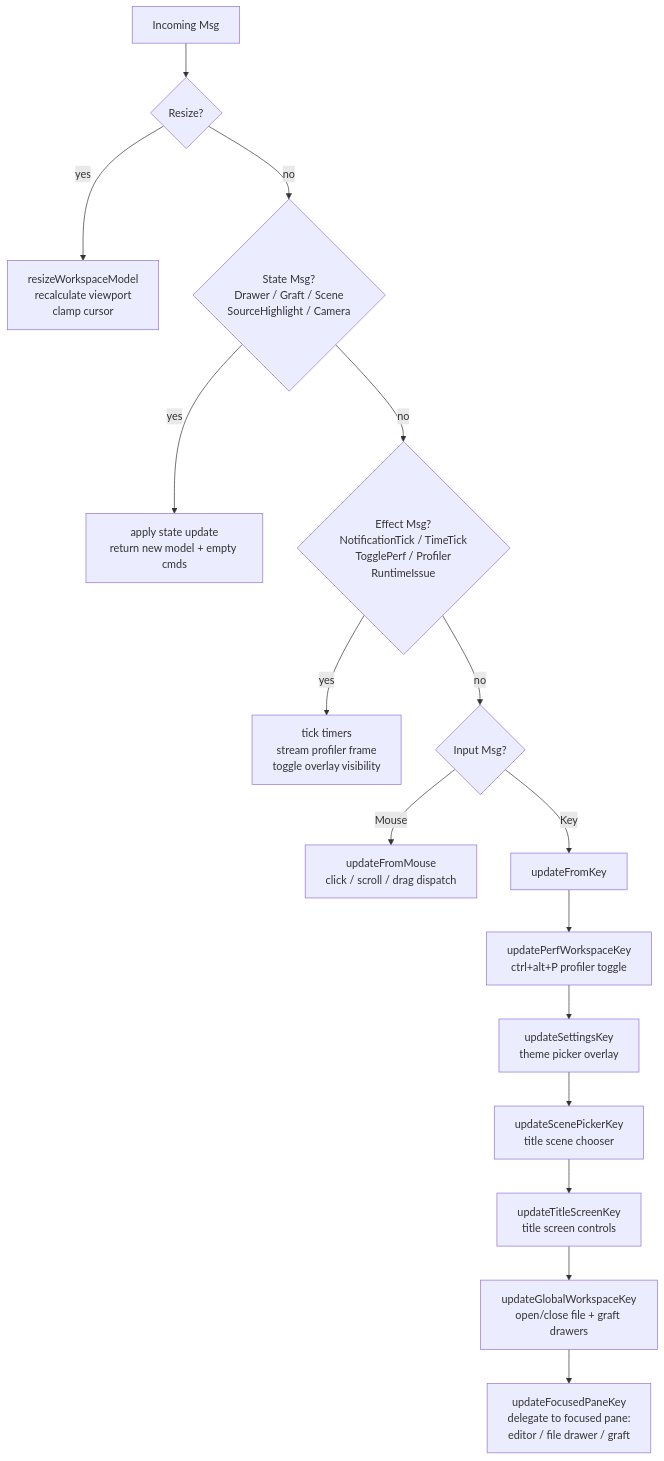
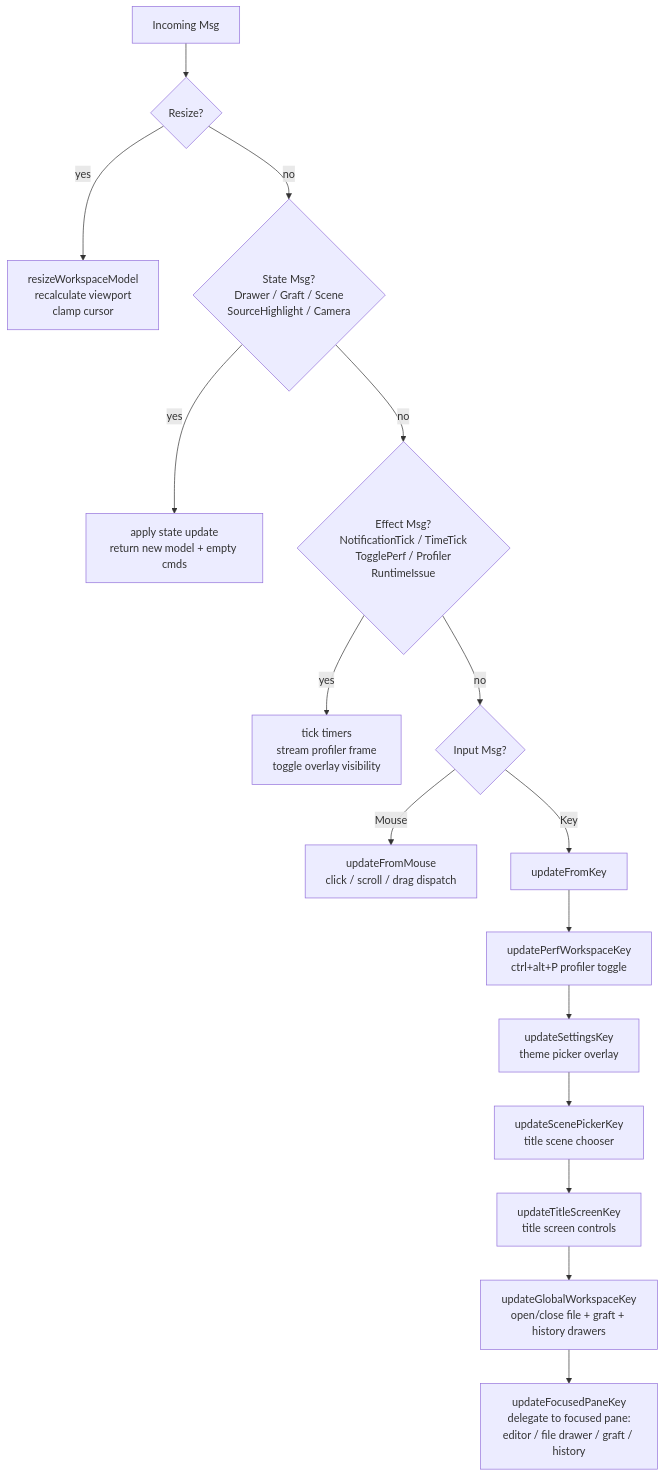
One commit to flyingrobots/jedit changed the tenth of 21 diagrams in docs/technical-teardown.md. Above: the diagram before and after it, drawn with Mermaid. The commit also changed other lines of this file and 21 other files, not shown here.

````diff
--- a/docs/technical-teardown.md
+++ b/docs/technical-teardown.md
@@ -636,18 +636,18 @@
 ```mermaid
 flowchart TD
     MSG[Incoming Msg] --> R{Resize?}
     R -- yes --> RESIZE["resizeWorkspaceModel<br />recalculate viewport<br />clamp cursor"]
     R -- no --> STATE{"State Msg?<br />Drawer / Graft / Scene<br />SourceHighlight / Camera"}
     STATE -- yes --> STATEHANDLER["apply state update<br />return new model + empty cmds"]
     STATE -- no --> EFFECT{"Effect Msg?<br />NotificationTick / TimeTick<br />TogglePerf / Profiler<br />RuntimeIssue"}
     EFFECT -- yes --> EFFECTHANDLER["tick timers<br />stream profiler frame<br />toggle overlay visibility"]
     EFFECT -- no --> INPUT{Input Msg?}
     INPUT -- Mouse --> MOUSE["updateFromMouse<br />click / scroll / drag dispatch"]
     INPUT -- Key --> KEY[updateFromKey]
     KEY --> P1["updatePerfWorkspaceKey<br />ctrl+alt+P profiler toggle"]
     P1 --> P2["updateSettingsKey<br />theme picker overlay"]
     P2 --> P3["updateScenePickerKey<br />title scene chooser"]
     P3 --> P4["updateTitleScreenKey<br />title screen controls"]
-    P4 --> P5["updateGlobalWorkspaceKey<br />open/close file + graft drawers"]
-    P5 --> P6["updateFocusedPaneKey<br />delegate to focused pane:<br />editor / file drawer / graft"]
+    P4 --> P5["updateGlobalWorkspaceKey<br />open/close file + graft + history drawers"]
+    P5 --> P6["updateFocusedPaneKey<br />delegate to focused pane:<br />editor / file drawer / graft / history"]
 ```
````
